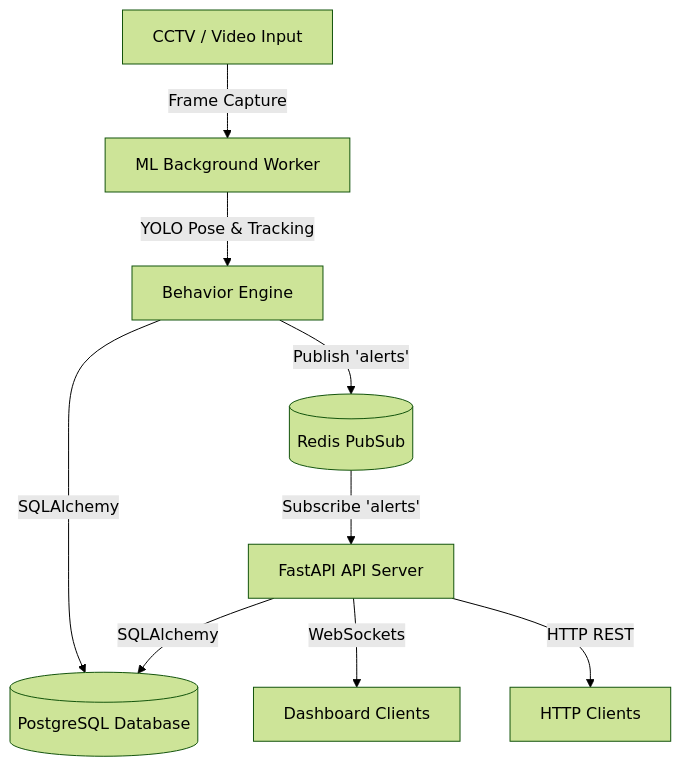
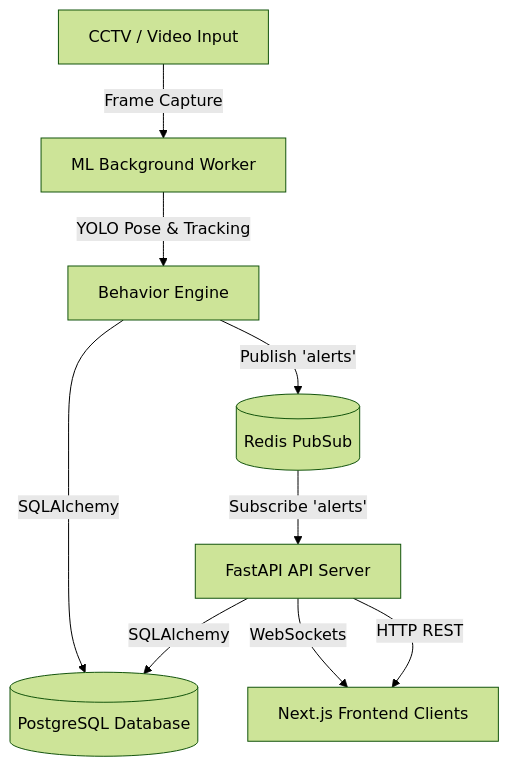
Before and after one commit to Sia3136/ViewX: the diagram in README.md, drawn with Mermaid (forest theme). The commit also changed other lines of this file and 45 other files, not shown here.

````diff
--- a/README.md
+++ b/README.md
@@ -15,13 +15,13 @@
 ```mermaid
 flowchart TD
     VideoInput[CCTV / Video Input] -->|Frame Capture| MLWorker[ML Background Worker]
     MLWorker -->|YOLO Pose & Tracking| BehaviourEngine[Behavior Engine]
     BehaviourEngine -->|SQLAlchemy| DB[(PostgreSQL Database)]
     BehaviourEngine -->|Publish 'alerts'| Redis[(Redis PubSub)]
     
     FastAPI[FastAPI API Server] -->|SQLAlchemy| DB
     Redis -->|Subscribe 'alerts'| FastAPI
     
-    FastAPI -->|WebSockets| WSClient[Dashboard Clients]
-    FastAPI -->|HTTP REST| RESTClient[HTTP Clients]
+    FastAPI -->|WebSockets| NextJS[Next.js Frontend Clients]
+    FastAPI -->|HTTP REST| NextJS
 ```
````
